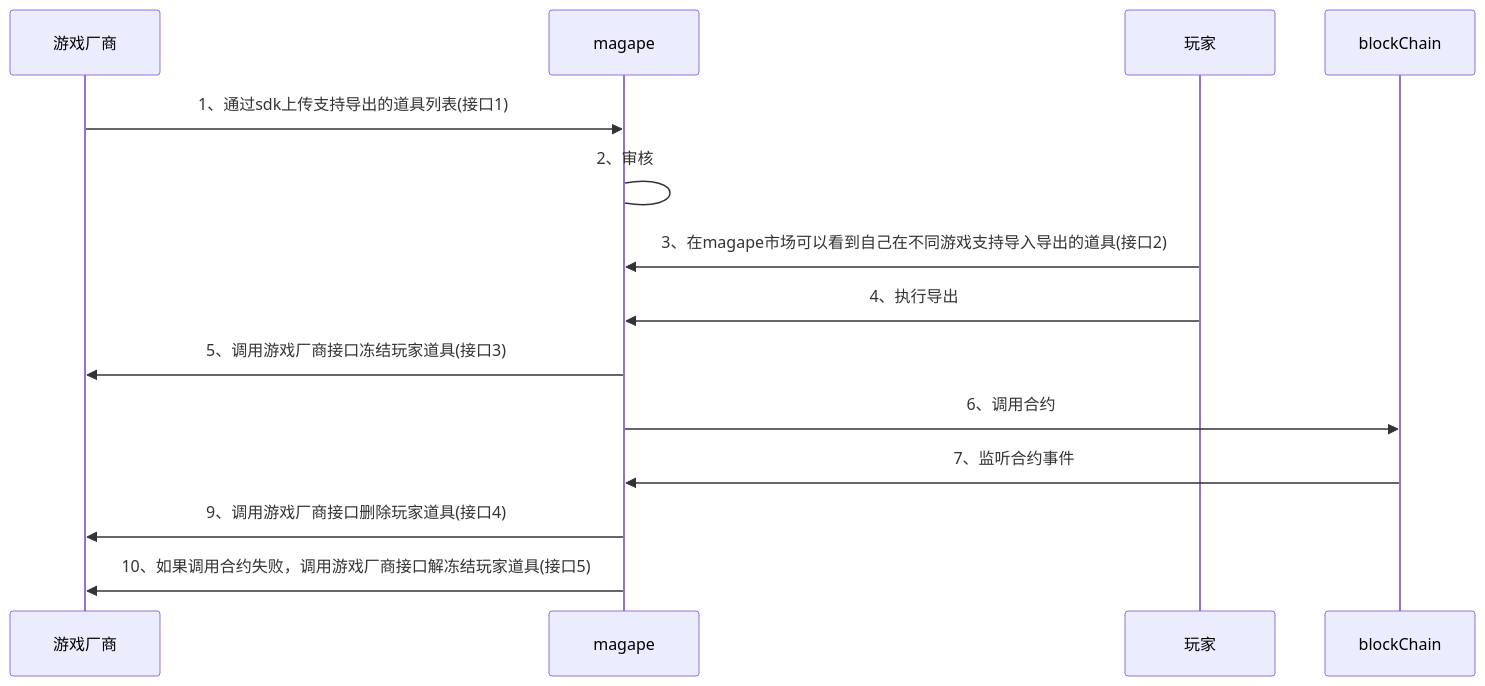
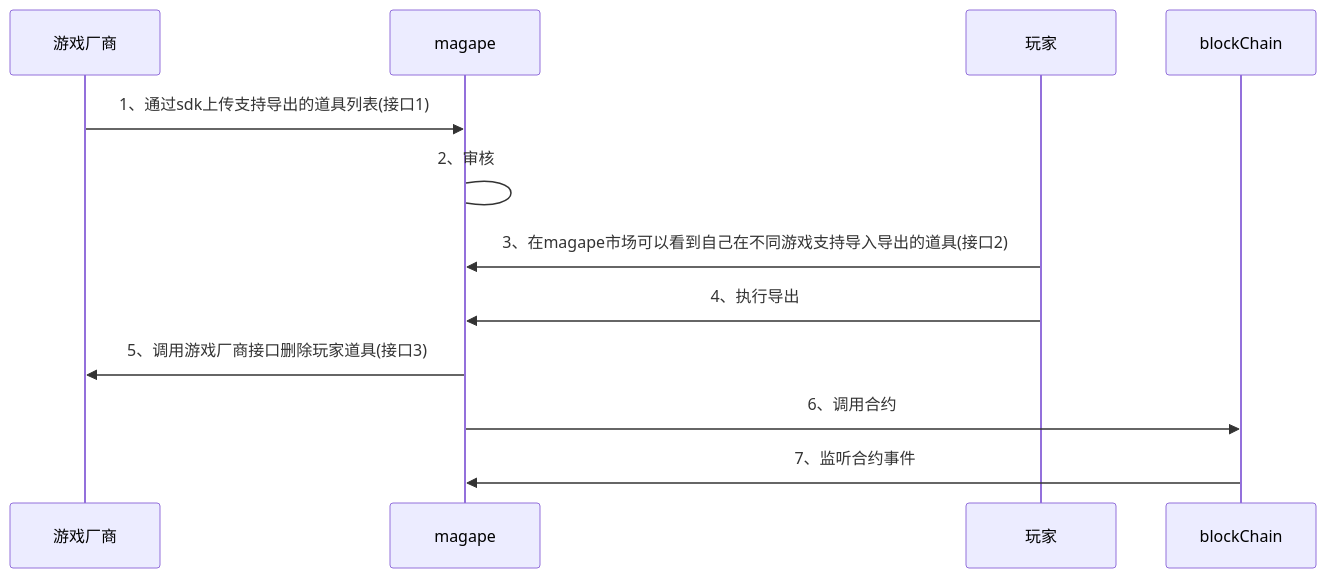
Before and after one commit to magape-io/sdk: the second of 3 diagrams in README_CN.md, drawn with Mermaid. The commit also changed other lines of this file, not shown here.

````diff
--- a/README_CN.md
+++ b/README_CN.md
@@ -32,15 +32,13 @@
 ```mermaid
 sequenceDiagram
     participant 游戏厂商
     participant magape
     participant 玩家
     		游戏厂商 ->> magape: 1、通过sdk上传支持导出的道具列表(接口1)
 		magape -> magape: 2、审核
 		玩家 ->> magape: 3、在magape市场可以看到自己在不同游戏支持导入导出的道具(接口2)
 		玩家 ->> magape: 4、执行导出
-		magape ->> 游戏厂商: 5、调用游戏厂商接口冻结玩家道具(接口3)
+		magape ->> 游戏厂商: 5、调用游戏厂商接口删除玩家道具(接口3)
 		magape ->> blockChain: 6、调用合约
 		blockChain ->> magape: 7、监听合约事件
-		magape ->> 游戏厂商: 9、调用游戏厂商接口删除玩家道具(接口4)
-		magape ->> 游戏厂商: 10、如果调用合约失败，调用游戏厂商接口解冻结玩家道具(接口5)
 ```
````
